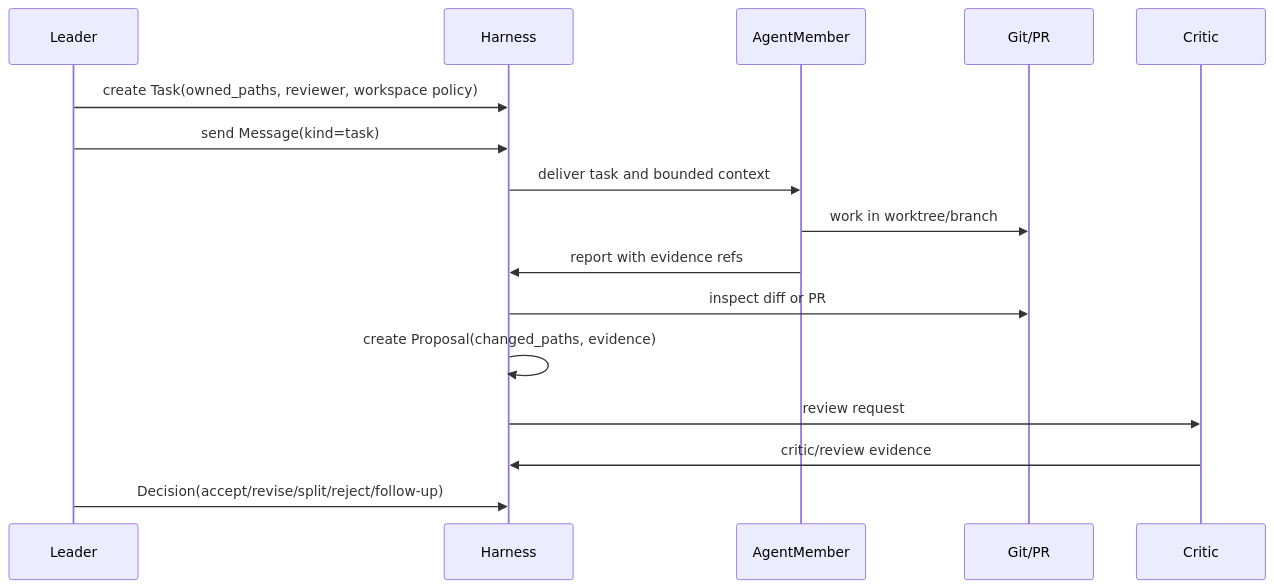
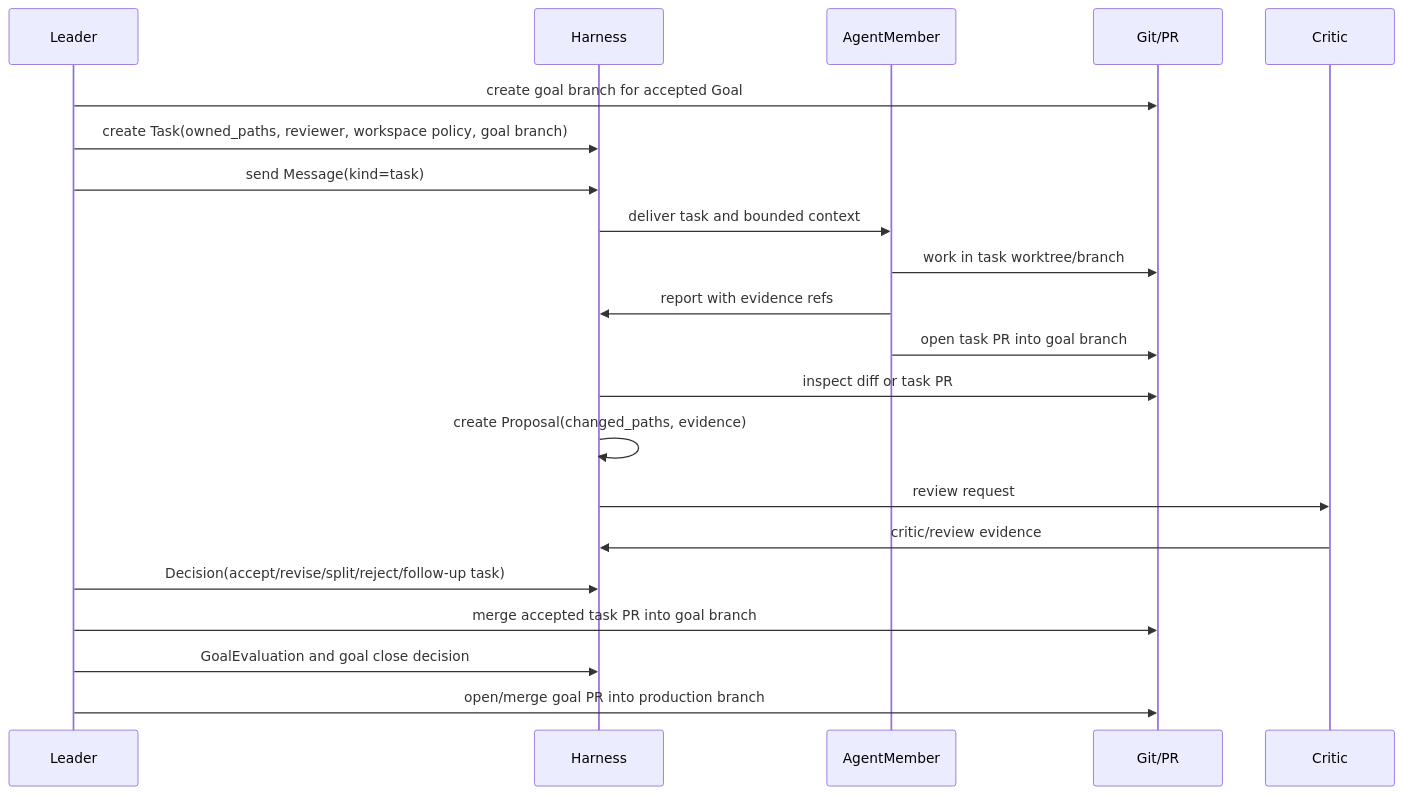
Before and after one commit to cyl19970726/multi-agent-harness: the diagram in docs/workflow-git-pr.md, drawn with Mermaid. The commit also changed other lines of this file and 16 other files, not shown here.

````diff
--- a/docs/workflow-git-pr.md
+++ b/docs/workflow-git-pr.md
@@ -37,19 +72,24 @@
 ```mermaid
 sequenceDiagram
   participant L as Leader
   participant H as Harness
   participant A as AgentMember
   participant G as Git/PR
   participant C as Critic
 
-  L->>H: create Task(owned_paths, reviewer, workspace policy)
+  L->>G: create goal branch for accepted Goal
+  L->>H: create Task(owned_paths, reviewer, workspace policy, goal branch)
   L->>H: send Message(kind=task)
   H->>A: deliver task and bounded context
-  A->>G: work in worktree/branch
+  A->>G: work in task worktree/branch
   A->>H: report with evidence refs
-  H->>G: inspect diff or PR
+  A->>G: open task PR into goal branch
+  H->>G: inspect diff or task PR
   H->>H: create Proposal(changed_paths, evidence)
   H->>C: review request
   C->>H: critic/review evidence
-  L->>H: Decision(accept/revise/split/reject/follow-up)
+  L->>H: Decision(accept/revise/split/reject/follow-up task)
+  L->>G: merge accepted task PR into goal branch
+  L->>H: GoalEvaluation and goal close decision
+  L->>G: open/merge goal PR into production branch
 ```
````
